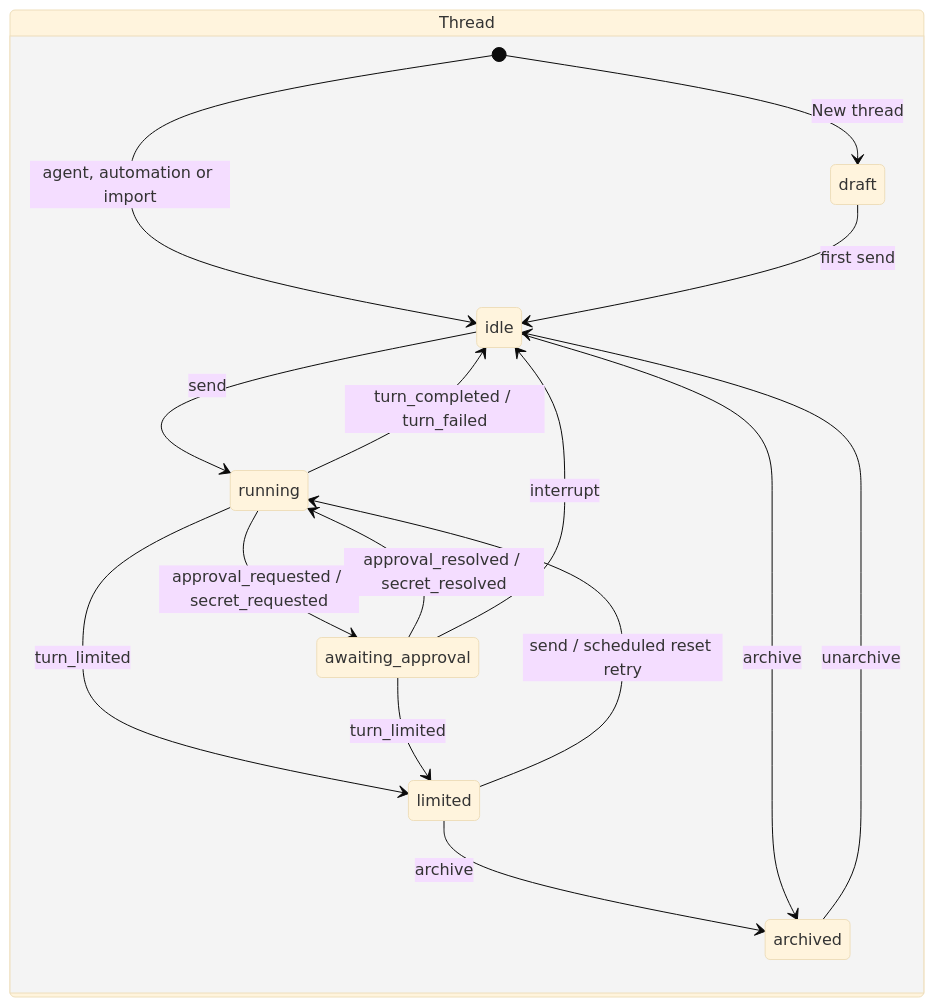
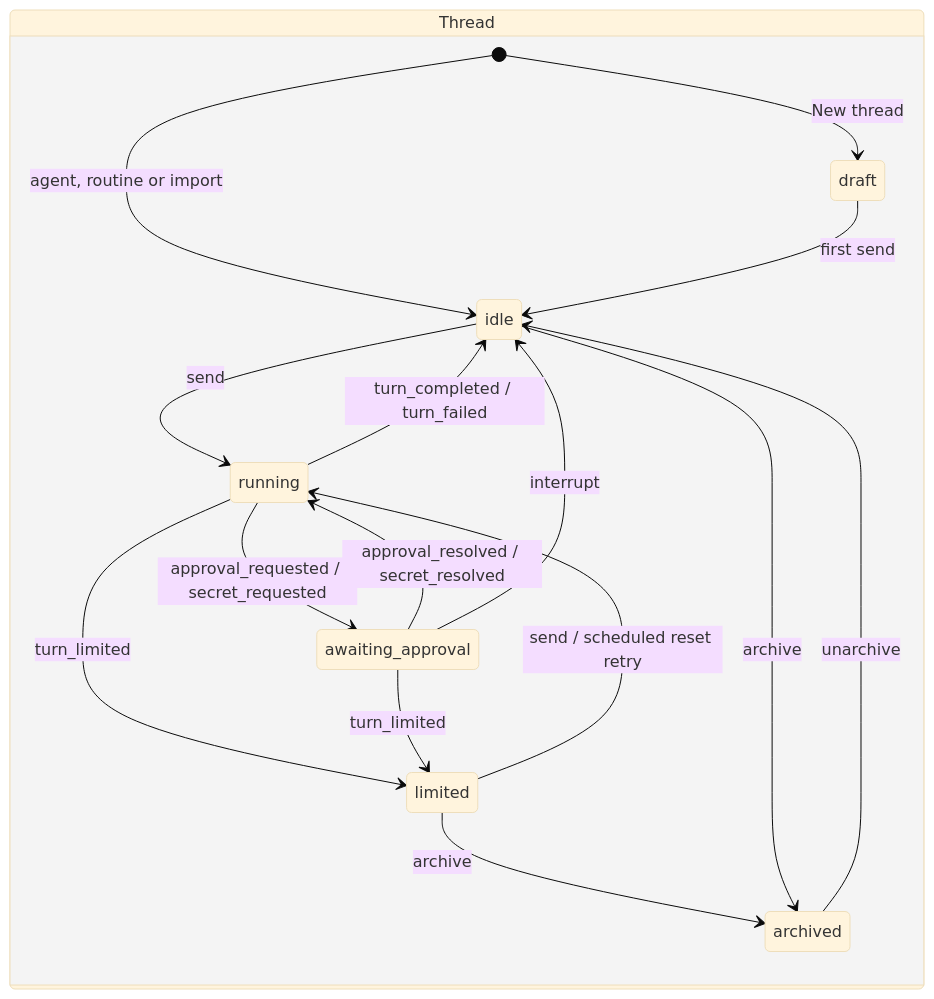
Diagram 13 of 19 in docs/arch.md (hinadev-ai/hinacode), drawn with Mermaid (base theme) before and after one commit. The commit also changed other lines of this file and 99 other files, not shown here.

````diff
--- a/docs/arch.md
+++ b/docs/arch.md
@@ -534,20 +535,20 @@
 ```mermaid
 stateDiagram-v2
   direction LR
   state "Thread" as T {
     [*] --> draft: New thread
-    [*] --> idle: agent, automation or import
+    [*] --> idle: agent, routine or import
     draft --> idle: first send
     idle --> running: send
     running --> awaiting_approval: approval_requested / secret_requested
     awaiting_approval --> running: approval_resolved / secret_resolved
     running --> idle: turn_completed / turn_failed
     running --> limited: turn_limited
     awaiting_approval --> limited: turn_limited
     limited --> running: send / scheduled reset retry
     limited --> archived: archive
     awaiting_approval --> idle: interrupt
     idle --> archived: archive
     archived --> idle: unarchive
   }
 ```
````
